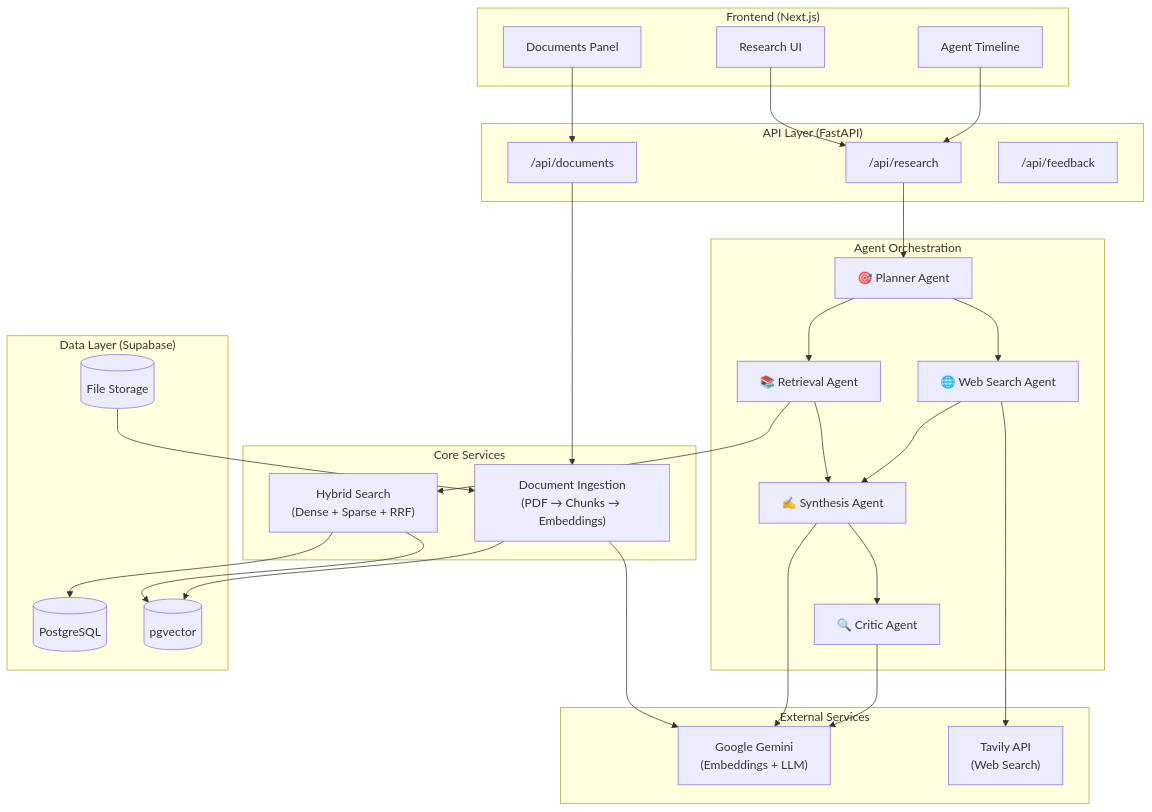
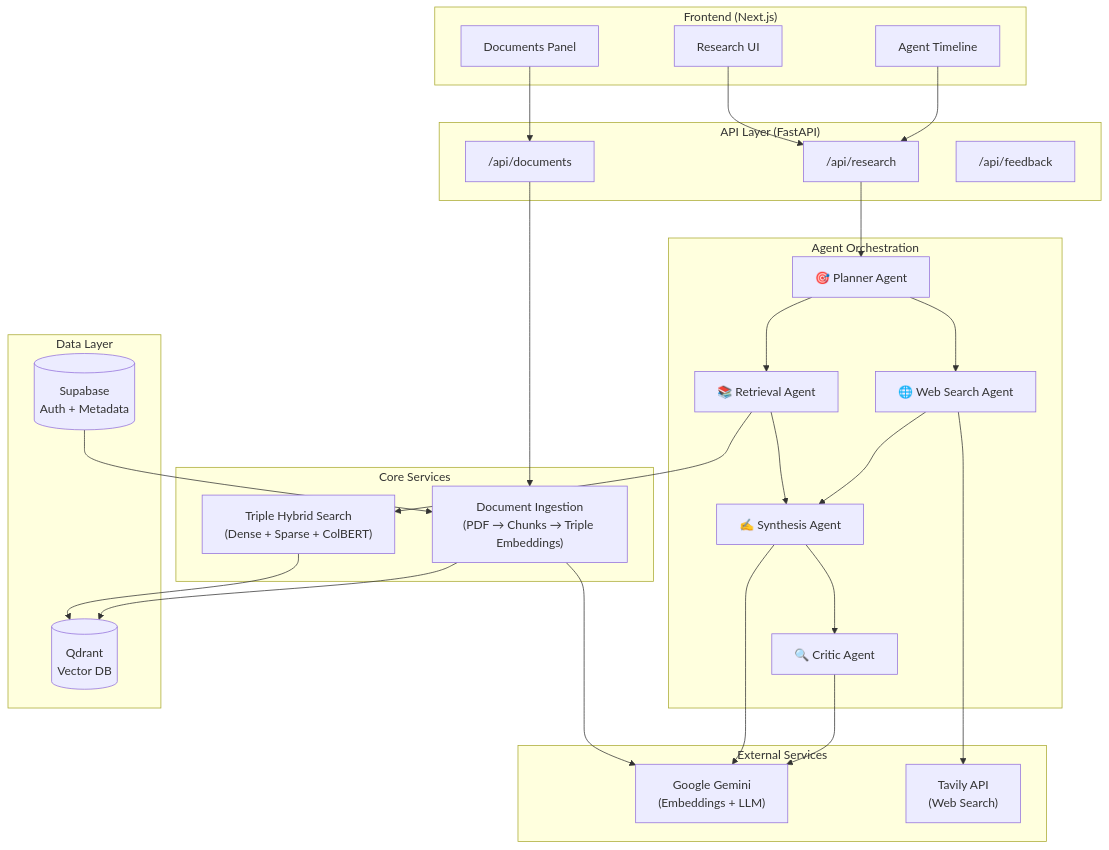
The diagram in README.md (thornxyz/revera), drawn with Mermaid before and after one commit. The commit also changed other lines of this file and 13 other files, not shown here.

````diff
--- a/README.md
+++ b/README.md
@@ -7,62 +7,60 @@
 ```mermaid
 flowchart TB
     subgraph Frontend["Frontend (Next.js)"]
         UI[Research UI]
         Timeline[Agent Timeline]
         DocPanel[Documents Panel]
     end
 
     subgraph API["API Layer (FastAPI)"]
         Research["/api/research"]
         Documents["/api/documents"]
         Feedback["/api/feedback"]
     end
 
     subgraph Orchestrator["Agent Orchestration"]
         Planner["🎯 Planner Agent"]
         Retrieval["📚 Retrieval Agent"]
         WebSearch["🌐 Web Search Agent"]
         Synthesis["✍️ Synthesis Agent"]
         Critic["🔍 Critic Agent"]
     end
 
     subgraph Services["Core Services"]
-        Ingestion["Document Ingestion<br/>(PDF → Chunks → Embeddings)"]
-        HybridSearch["Hybrid Search<br/>(Dense + Sparse + RRF)"]
+        Ingestion["Document Ingestion<br/>(PDF → Chunks → Triple Embeddings)"]
+        HybridSearch["Triple Hybrid Search<br/>(Dense + Sparse + ColBERT)"]
     end
 
     subgraph External["External Services"]
         Gemini["Google Gemini<br/>(Embeddings + LLM)"]
         Tavily["Tavily API<br/>(Web Search)"]
     end
 
-    subgraph Data["Data Layer (Supabase)"]
-        PG[(PostgreSQL)]
-        Vector[(pgvector)]
-        Storage[(File Storage)]
+    subgraph Data["Data Layer"]
+        Supabase[(Supabase<br/>Auth + Metadata)]
+        Qdrant[(Qdrant<br/>Vector DB)]
     end
 
     UI --> Research
     DocPanel --> Documents
     Timeline --> Research
     
     Research --> Planner
     Documents --> Ingestion
     
     Planner --> Retrieval
     Planner --> WebSearch
     Retrieval --> HybridSearch
     WebSearch --> Tavily
     Retrieval --> Synthesis
     WebSearch --> Synthesis
     Synthesis --> Critic
     
-    HybridSearch --> Vector
-    HybridSearch --> PG
+    HybridSearch --> Qdrant
     Ingestion --> Gemini
-    Ingestion --> Vector
+    Ingestion --> Qdrant
     Synthesis --> Gemini
     Critic --> Gemini
     
-    Storage --> Ingestion
+    Supabase --> Ingestion
 ```
````
